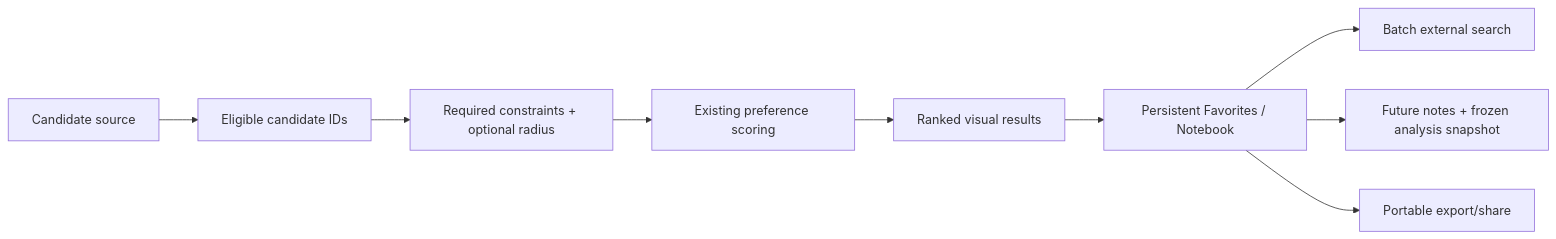
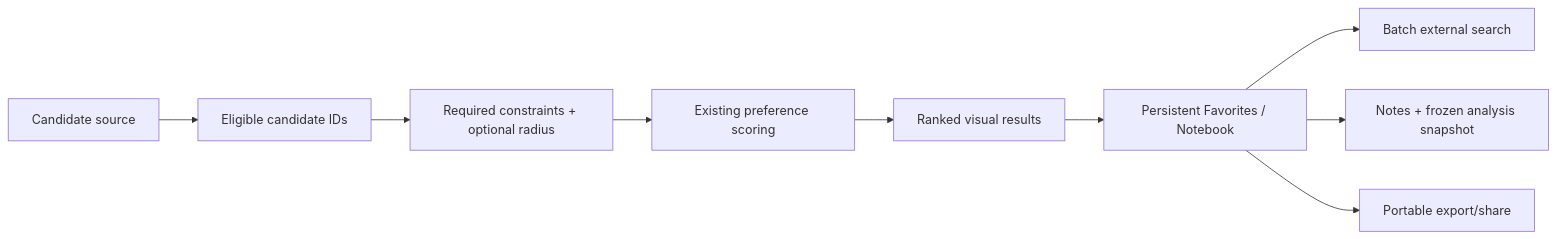
The diagram in docs/specs/active/subspecs/settlement-shortlist-workflow.md (folk21/osmapdigger), drawn with Mermaid before and after one commit. The commit also changed other lines of this file and 29 other files, not shown here.

First line of the commit message:
fix: preserve historical settings migrations through schema version 6

````diff
--- a/docs/specs/active/subspecs/settlement-shortlist-workflow.md
+++ b/docs/specs/active/subspecs/settlement-shortlist-workflow.md
@@ -65,11 +65,11 @@
 ```mermaid
 flowchart LR
     SOURCE[Candidate source] --> ELIGIBLE[Eligible candidate IDs]
     ELIGIBLE --> HARD[Required constraints + optional radius]
     HARD --> SCORE[Existing preference scoring]
     SCORE --> RANK[Ranked visual results]
     RANK --> FAVORITES[Persistent Favorites / Notebook]
     FAVORITES --> BATCH[Batch external search]
-    FAVORITES --> SNAPSHOT[Future notes + frozen analysis snapshot]
+    FAVORITES --> SNAPSHOT[Notes + frozen analysis snapshot]
     FAVORITES --> EXPORT[Portable export/share]
 ```
````
